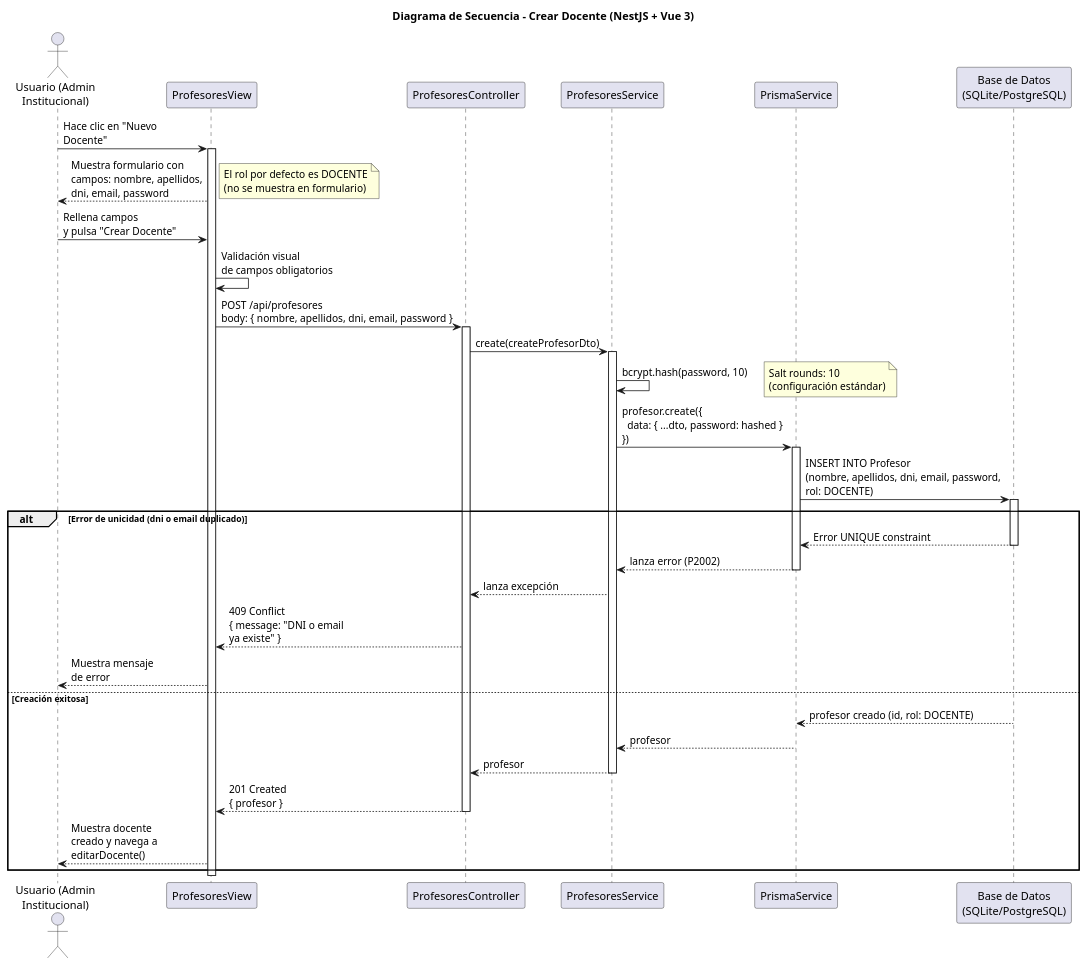
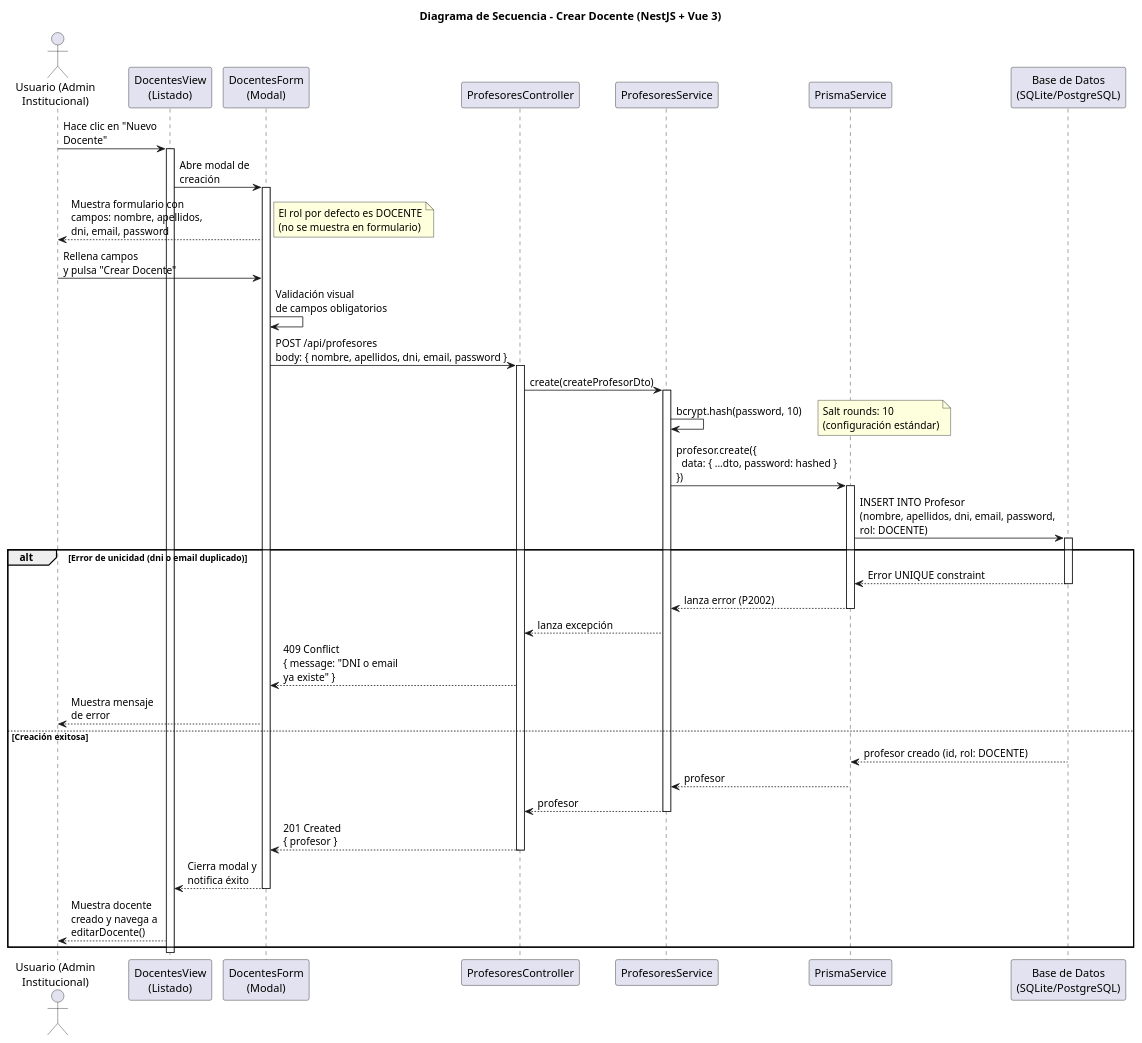
Before and after one commit to marcosgutierrez6/25-26-idsw2-sdVC: the diagram in documents/diseño/crearDocente/README.md, drawn with PlantUML. The commit also changed other lines of this file and 40 other files, not shown here.

Commit message:
fix: Corrección en los diagramas de diseño separación entre vistas y formularios

````diff
--- a/documents/diseño/crearDocente/README.md
+++ b/documents/diseño/crearDocente/README.md
@@ -30,65 +30,71 @@
 ```plantuml
 @startuml
 title Diagrama de Secuencia - Crear Docente (NestJS + Vue 3)
 
 actor "Usuario (Admin\nInstitucional)" as User
-participant "ProfesoresView" as FE
+participant "DocentesView\n(Listado)" as List
+participant "DocentesForm\n(Modal)" as Form
 participant "ProfesoresController" as Controller
 participant "ProfesoresService" as Service
 participant "PrismaService" as Prisma
 participant "Base de Datos\n(SQLite/PostgreSQL)" as DB
 
-User -> FE: Hace clic en "Nuevo\nDocente"
-activate FE
+User -> List: Hace clic en "Nuevo\nDocente"
+activate List
 
-FE --> User: Muestra formulario con\ncampos: nombre, apellidos,\ndni, email, password
+List -> Form: Abre modal de\ncreación
+activate Form
+Form --> User: Muestra formulario con\ncampos: nombre, apellidos,\ndni, email, password
 note right
   El rol por defecto es DOCENTE
   (no se muestra en formulario)
 end note
 
-User -> FE: Rellena campos\ny pulsa "Crear Docente"
-FE -> FE: Validación visual\nde campos obligatorios
+User -> Form: Rellena campos\ny pulsa "Crear Docente"
+Form -> Form: Validación visual\nde campos obligatorios
 
-FE -> Controller: POST /api/profesores\nbody: { nombre, apellidos, dni, email, password }
+Form -> Controller: POST /api/profesores\nbody: { nombre, apellidos, dni, email, password }
 activate Controller
 
 Controller -> Service: create(createProfesorDto)
 activate Service
 
 Service -> Service: bcrypt.hash(password, 10)
 note right
   Salt rounds: 10
   (configuración estándar)
 end note
 
 Service -> Prisma: profesor.create({\n  data: { ...dto, password: hashed }\n})
 activate Prisma
 Prisma -> DB: INSERT INTO Profesor\n(nombre, apellidos, dni, email, password,\nrol: DOCENTE)
 activate DB
 
 alt Error de unicidad (dni o email duplicado)
   DB --> Prisma: Error UNIQUE constraint
   deactivate DB
   Prisma --> Service: lanza error (P2002)
   deactivate Prisma
   Service --> Controller: lanza excepción
-  Controller --> FE: 409 Conflict\n{ message: "DNI o email\nya existe" }
-  FE --> User: Muestra mensaje\nde error
+  Controller --> Form: 409 Conflict\n{ message: "DNI o email\nya existe" }
+  Form --> User: Muestra mensaje\nde error
 else Creación exitosa
   DB --> Prisma: profesor creado (id, rol: DOCENTE)
   deactivate DB
   Prisma --> Service: profesor
   deactivate Prisma
 
   Service --> Controller: profesor
   deactivate Service
-  Controller --> FE: 201 Created\n{ profesor }
+  Controller --> Form: 201 Created\n{ profesor }
   deactivate Controller
-  FE --> User: Muestra docente\ncreado y navega a\neditarDocente()
+
+  Form --> List: Cierra modal y\nnotifica éxito
+  deactivate Form
+  List --> User: Muestra docente\ncreado y navega a\neditarDocente()
 end
 
-deactivate FE
+deactivate List
 
 @enduml
 ```
````
